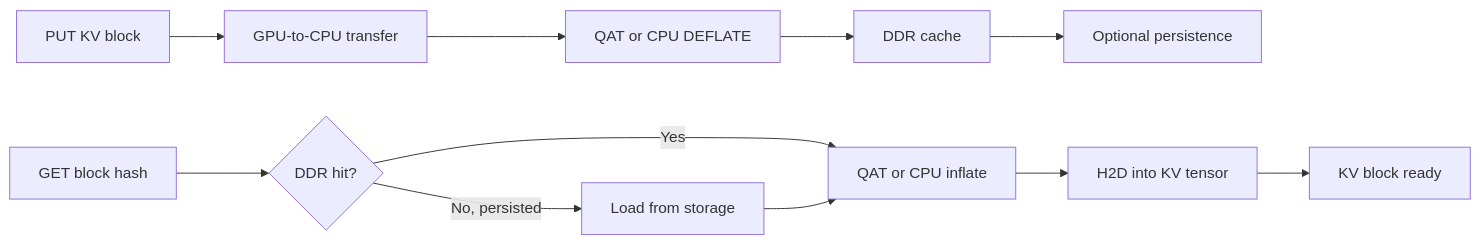
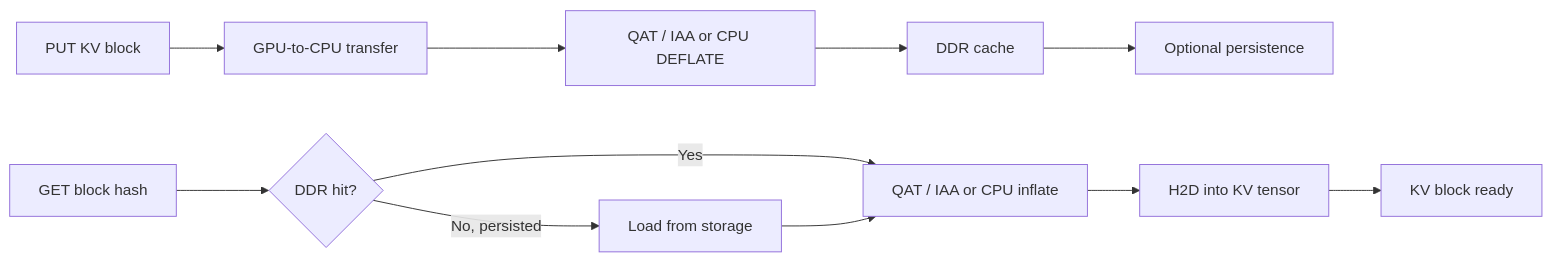
The second of 2 diagrams in doc/design/iaxl.md (byang-intel/intel-accel-for-llm), drawn with Mermaid before and after one commit. The commit also changed other lines of this file and 2 other files, not shown here.

First line of the commit message:
doc: add remote pool design and cover Intel IAA

````diff
--- a/doc/design/iaxl.md
+++ b/doc/design/iaxl.md
@@ -43,14 +44,14 @@
 ```mermaid
 flowchart LR
     Put["PUT KV block"] --> D2H["GPU-to-CPU transfer"]
-    D2H --> Compress["QAT or CPU DEFLATE"]
+    D2H --> Compress["QAT / IAA or CPU DEFLATE"]
     Compress --> DDR["DDR cache"]
     DDR --> Persist["Optional persistence"]
 
     Lookup["GET block hash"] --> Hit{"DDR hit?"}
-    Hit -->|Yes| Decompress["QAT or CPU inflate"]
+    Hit -->|Yes| Decompress["QAT / IAA or CPU inflate"]
     Hit -->|No, persisted| Reload["Load from storage"]
     Reload --> Decompress
     Decompress --> H2D["H2D into KV tensor"]
     H2D --> Ready["KV block ready"]
 ```
````
